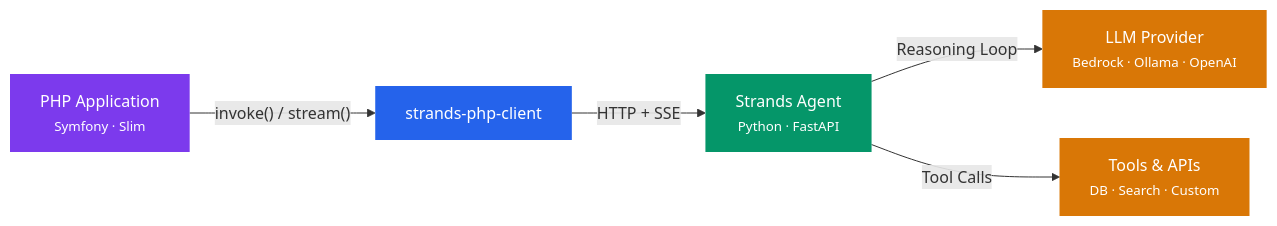
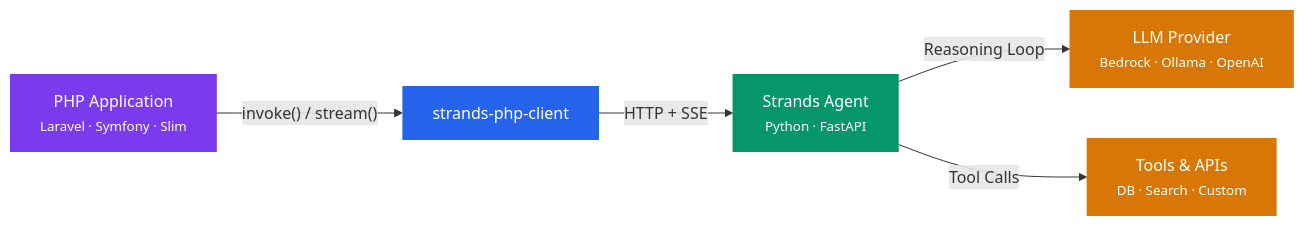
The first of 2 diagrams in README.md (blundergoat/strands-php-client), drawn with Mermaid before and after one commit. The commit also changed other lines of this file and 27 other files, not shown here.

````diff
--- a/README.md
+++ b/README.md
@@ -26,13 +26,13 @@
 ```mermaid
 graph LR
-    A["PHP Application<br/><small>Symfony · Slim</small>"] -->|"invoke() / stream()"| B["strands-php-client"]
+    A["PHP Application<br/><small>Laravel · Symfony · Slim</small>"] -->|"invoke() / stream()"| B["strands-php-client"]
     B -->|"HTTP + SSE"| C["Strands Agent<br/><small>Python · FastAPI</small>"]
     C -->|"Reasoning Loop"| D["LLM Provider<br/><small>Bedrock · Ollama · OpenAI</small>"]
     C -->|"Tool Calls"| E["Tools & APIs<br/><small>DB · Search · Custom</small>"]
 
     style A fill:#7c3aed,color:#fff,stroke:none
     style B fill:#2563eb,color:#fff,stroke:none
     style C fill:#059669,color:#fff,stroke:none
     style D fill:#d97706,color:#fff,stroke:none
     style E fill:#d97706,color:#fff,stroke:none
 ```
````
